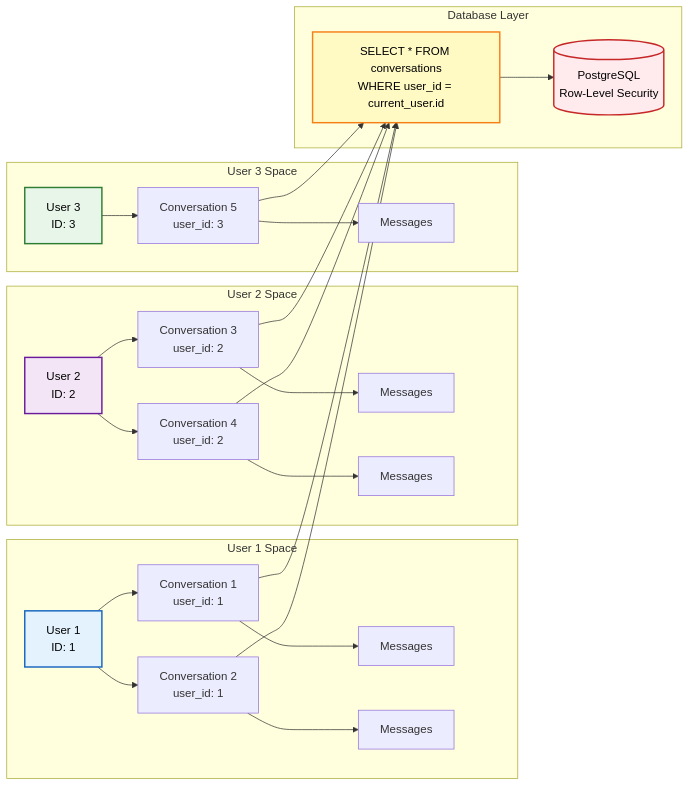
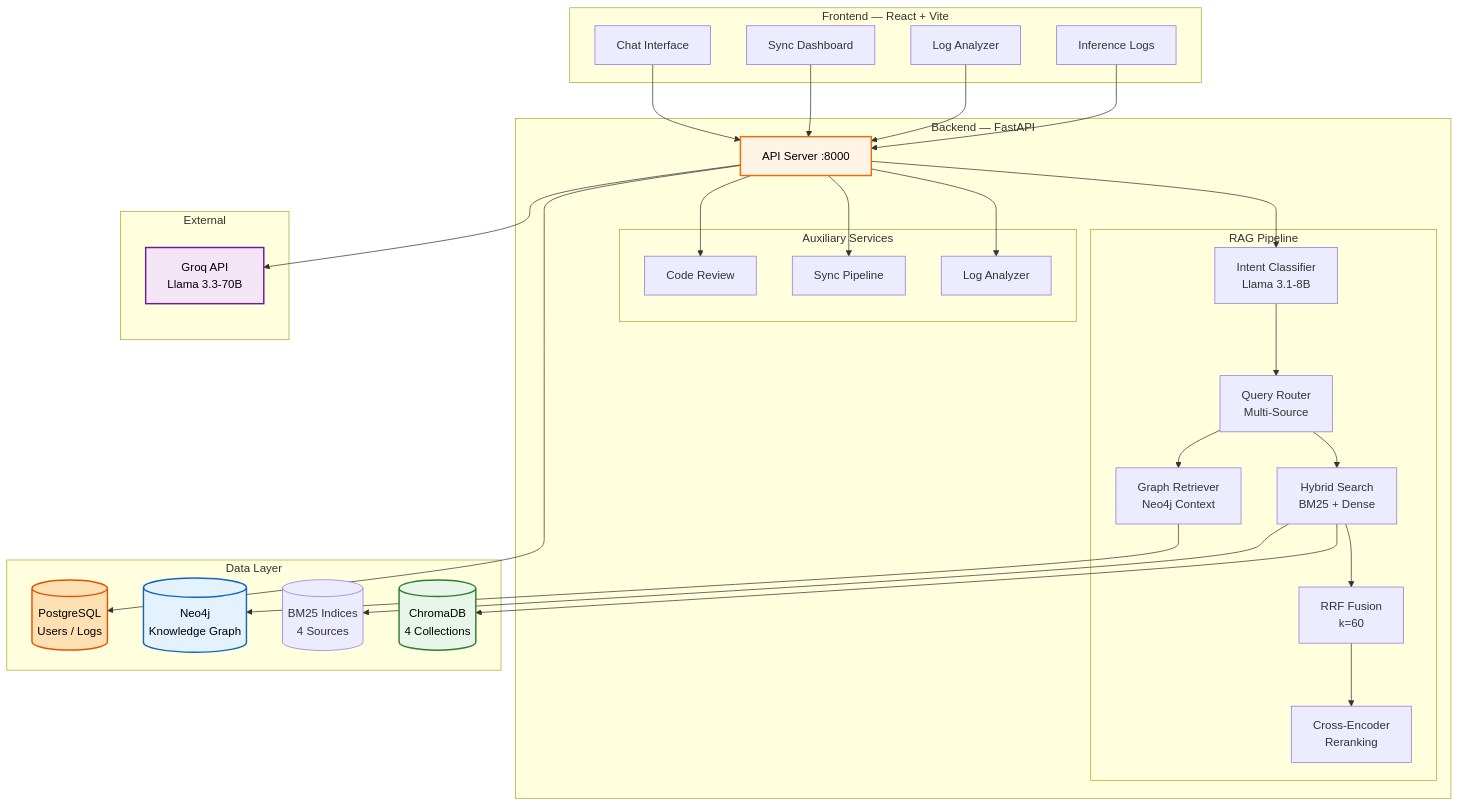
Before and after one commit to yash-ganatra/Banking-knowledgeAssistance: the first of 4 diagrams in README.md, drawn with Mermaid. The commit also changed other lines of this file, not shown here.

````diff
--- a/README.md
+++ b/README.md
@@ -1106,56 +72,62 @@
 ```mermaid
-graph LR
-    subgraph "User 1 Space"
-        U1[User 1<br/>ID: 1]
-        U1C1[Conversation 1<br/>user_id: 1]
-        U1C2[Conversation 2<br/>user_id: 1]
-        U1M1[Messages]
-        U1M2[Messages]
+graph TB
+    subgraph "Frontend — React + Vite"
+        CHAT[Chat Interface]
+        SYNC[Sync Dashboard]
+        LOGS[Log Analyzer]
+        ILOG[Inference Logs]
     end
-    
-    subgraph "User 2 Space"
-        U2[User 2<br/>ID: 2]
-        U2C1[Conversation 3<br/>user_id: 2]
-        U2C2[Conversation 4<br/>user_id: 2]
-        U2M1[Messages]
-        U2M2[Messages]
+
+    subgraph "Backend — FastAPI"
+        API[API Server :8000]
+
+        subgraph "RAG Pipeline"
+            IC[Intent Classifier<br/>Llama 3.1-8B]
+            QR[Query Router<br/>Multi-Source]
+            HS[Hybrid Search<br/>BM25 + Dense]
+            RRF[RRF Fusion<br/>k=60]
+            CE[Cross-Encoder<br/>Reranking]
+            GR[Graph Retriever<br/>Neo4j Context]
+        end
+
+        subgraph "Auxiliary Services"
+            LA[Log Analyzer]
+            SP[Sync Pipeline]
+            CR[Code Review]
+        end
     end
-    
-    subgraph "User 3 Space"
-        U3[User 3<br/>ID: 3]
-        U3C1[Conversation 5<br/>user_id: 3]
-        U3M1[Messages]
+
+    subgraph "Data Layer"
+        VDB[(ChromaDB<br/>4 Collections)]
+        NEO[(Neo4j<br/>Knowledge Graph)]
+        PG[(PostgreSQL<br/>Users / Logs)]
+        BM25I[(BM25 Indices<br/>4 Sources)]
     end
-    
-    subgraph "Database Layer"
-        DB[(PostgreSQL<br/>Row-Level Security)]
-        QUERY[SELECT * FROM conversations<br/>WHERE user_id = current_user.id]
+
+    subgraph "External"
+        LLM[Groq API<br/>Llama 3.3-70B]
     end
-    
-    U1 --> U1C1
-    U1 --> U1C2
-    U1C1 --> U1M1
-    U1C2 --> U1M2
-    
-    U2 --> U2C1
-    U2 --> U2C2
-    U2C1 --> U2M1
-    U2C2 --> U2M2
-    
-    U3 --> U3C1
-    U3C1 --> U3M1
-    
-    U1C1 --> QUERY
-    U1C2 --> QUERY
-    U2C1 --> QUERY
-    U2C2 --> QUERY
-    U3C1 --> QUERY
-    
-    QUERY --> DB
-    
-    style U1 fill:#e3f2fd,stroke:#1565c0,stroke-width:2px,color:#000
-    style U2 fill:#f3e5f5,stroke:#6a1b9a,stroke-width:2px,color:#000
-    style U3 fill:#e8f5e9,stroke:#2e7d32,stroke-width:2px,color:#000
-    style DB fill:#ffebee,stroke:#c62828,stroke-width:2px,color:#000
-    style QUERY fill:#fff9c4,stroke:#f57f17,stroke-width:2px,color:#000
+
+    CHAT --> API
+    SYNC --> API
+    LOGS --> API
+    ILOG --> API
+
+    API --> IC --> QR
+    QR --> HS --> RRF --> CE
+    QR --> GR --> NEO
+    API --> LA
+    API --> SP
+    API --> CR
+
+    HS --> VDB
+    HS --> BM25I
+    API --> PG
+    API --> LLM
+
+    style API fill:#fff4e6,stroke:#ef6c00,stroke-width:2px,color:#000
+    style VDB fill:#e8f5e9,stroke:#2e7d32,stroke-width:2px,color:#000
+    style NEO fill:#e3f2fd,stroke:#1565c0,stroke-width:2px,color:#000
+    style PG fill:#ffe0b2,stroke:#e65100,stroke-width:2px,color:#000
+    style LLM fill:#f3e5f5,stroke:#6a1b9a,stroke-width:2px,color:#000
 ```
````
